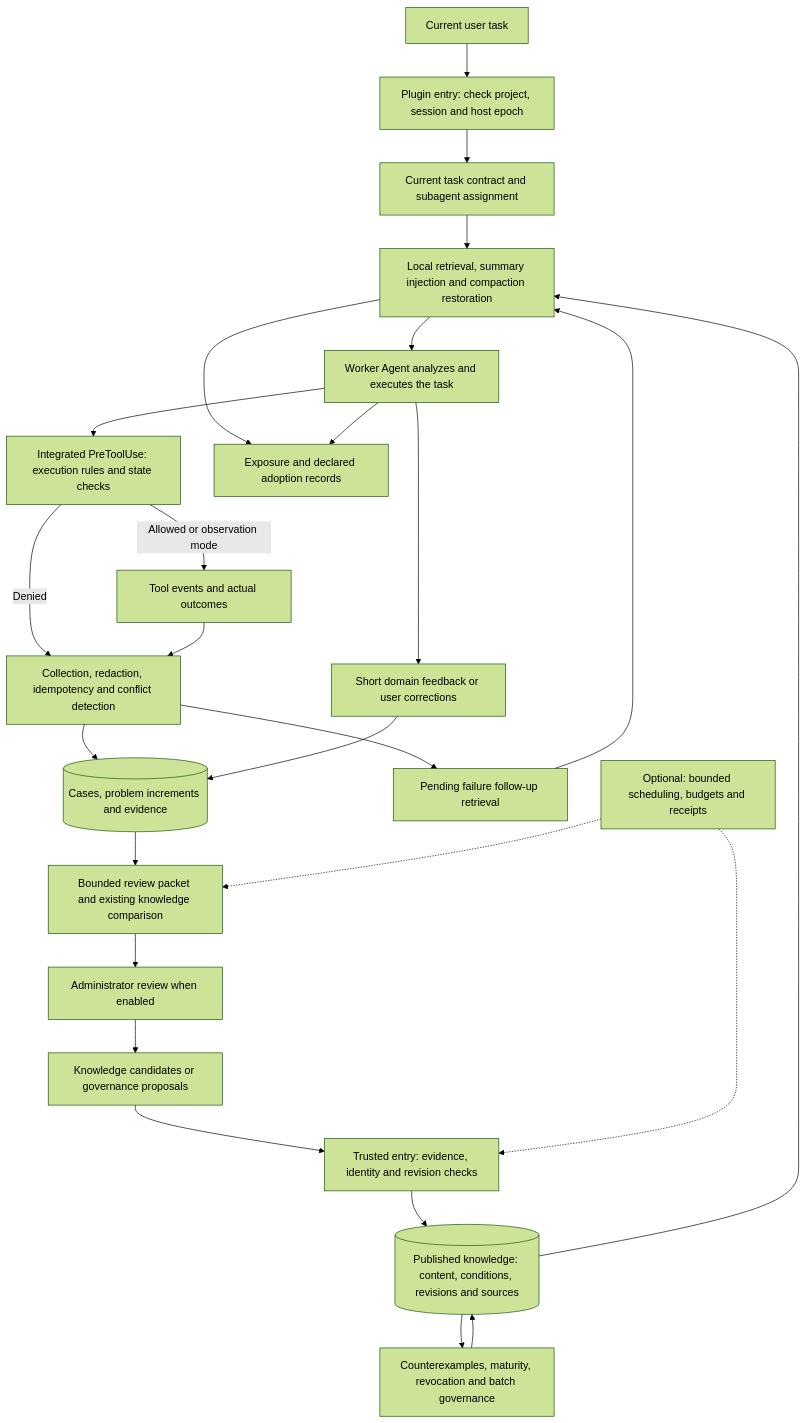
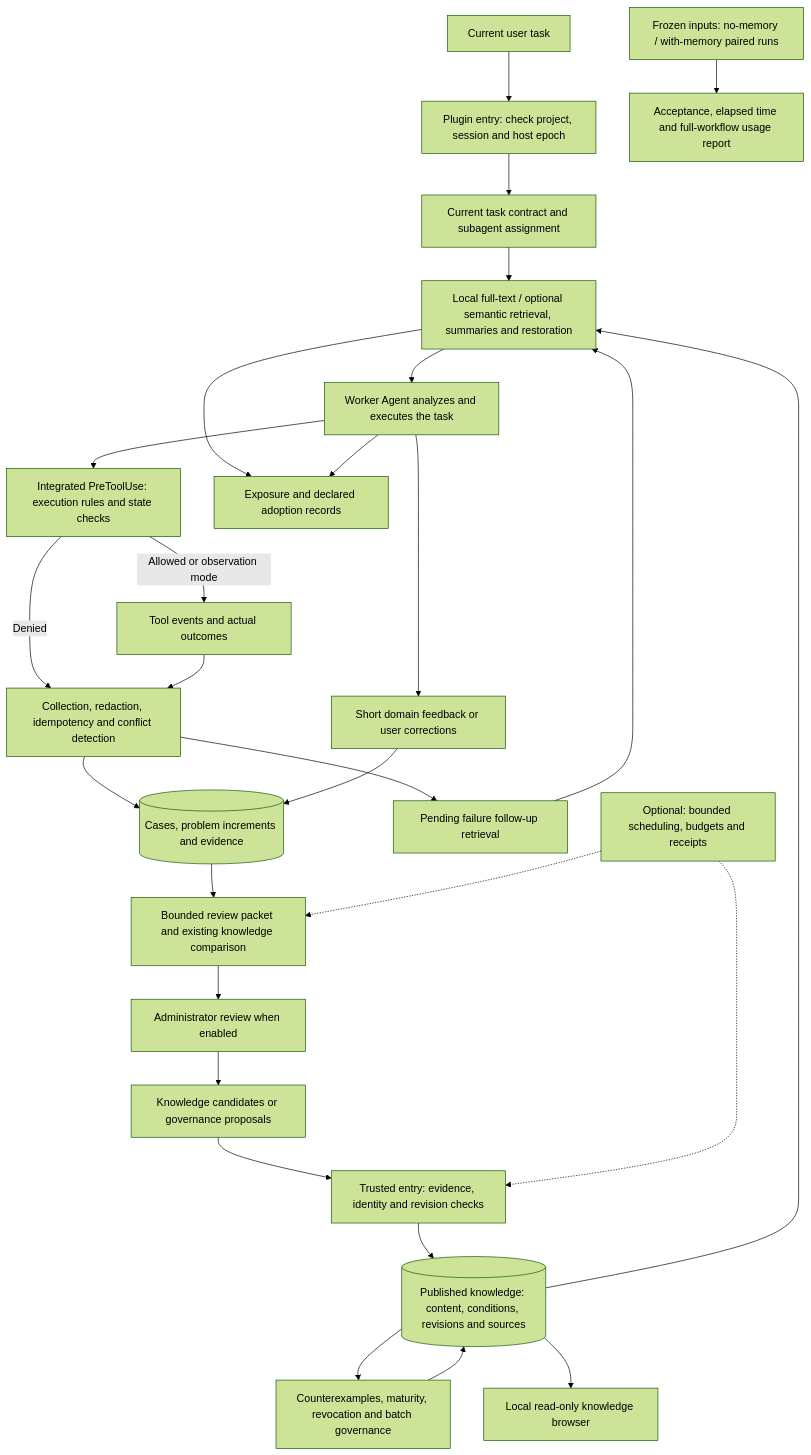
Before and after one commit to swenbo1-web/agents-learning: the first of 2 diagrams in README.en.md, drawn with Mermaid (forest theme). The commit also changed other lines of this file and 24 other files, not shown here.

````diff
--- a/README.en.md
+++ b/README.en.md
@@ -44,28 +67,30 @@
 ```mermaid
 flowchart TD
     User["Current user task"] --> Entry["Plugin entry: check project, session and host epoch"]
     Entry --> Task["Current task contract and subagent assignment"]
-    Task --> Retrieve["Local retrieval, summary injection and compaction restoration"]
+    Task --> Retrieve["Local full-text / optional semantic retrieval, summaries and restoration"]
     Knowledge[("Published knowledge: content, conditions, revisions and sources")] --> Retrieve
     Retrieve --> Worker["Worker Agent analyzes and executes the task"]
     Worker --> Guard["Integrated PreToolUse: execution rules and state checks"]
     Guard -->|"Allowed or observation mode"| Result["Tool events and actual outcomes"]
     Guard -->|"Denied"| Capture
     Result --> Capture["Collection, redaction, idempotency and conflict detection"]
     Capture --> Cases[("Cases, problem increments and evidence")]
     Worker --> Feedback["Short domain feedback or user corrections"]
     Feedback --> Cases
     Capture --> Fault["Pending failure follow-up retrieval"]
     Fault --> Retrieve
     Cases --> Packet["Bounded review packet and existing knowledge comparison"]
     Packet --> Admin["Administrator review when enabled"]
     Admin --> Candidate["Knowledge candidates or governance proposals"]
     Candidate --> Publish["Trusted entry: evidence, identity and revision checks"]
     Publish --> Knowledge
     Knowledge --> Governance["Counterexamples, maturity, revocation and batch governance"]
     Governance --> Knowledge
     Schedule["Optional: bounded scheduling, budgets and receipts"] -.-> Packet
     Schedule -.-> Publish
     Retrieve --> Exposure["Exposure and declared adoption records"]
     Worker --> Exposure
+    Knowledge --> Browser["Local read-only knowledge browser"]
+    Evaluation["Frozen inputs: no-memory / with-memory paired runs"] --> Report["Acceptance, elapsed time and full-workflow usage report"]
 ```
````
